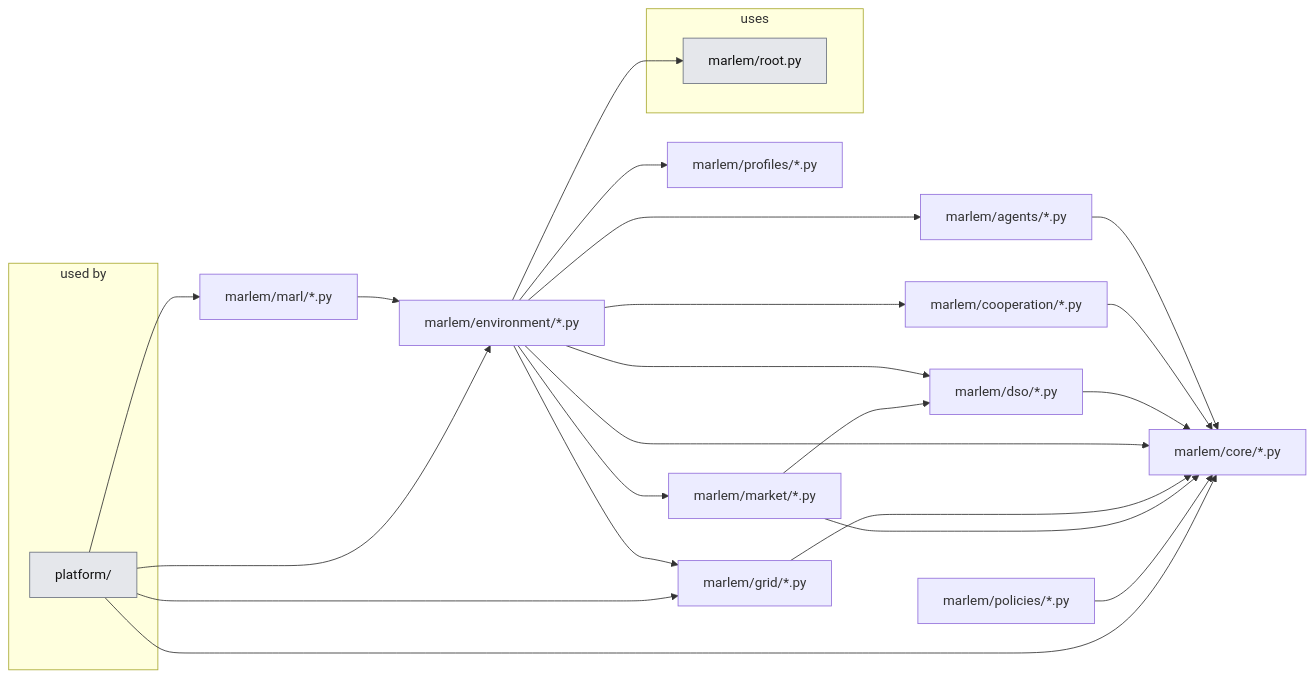
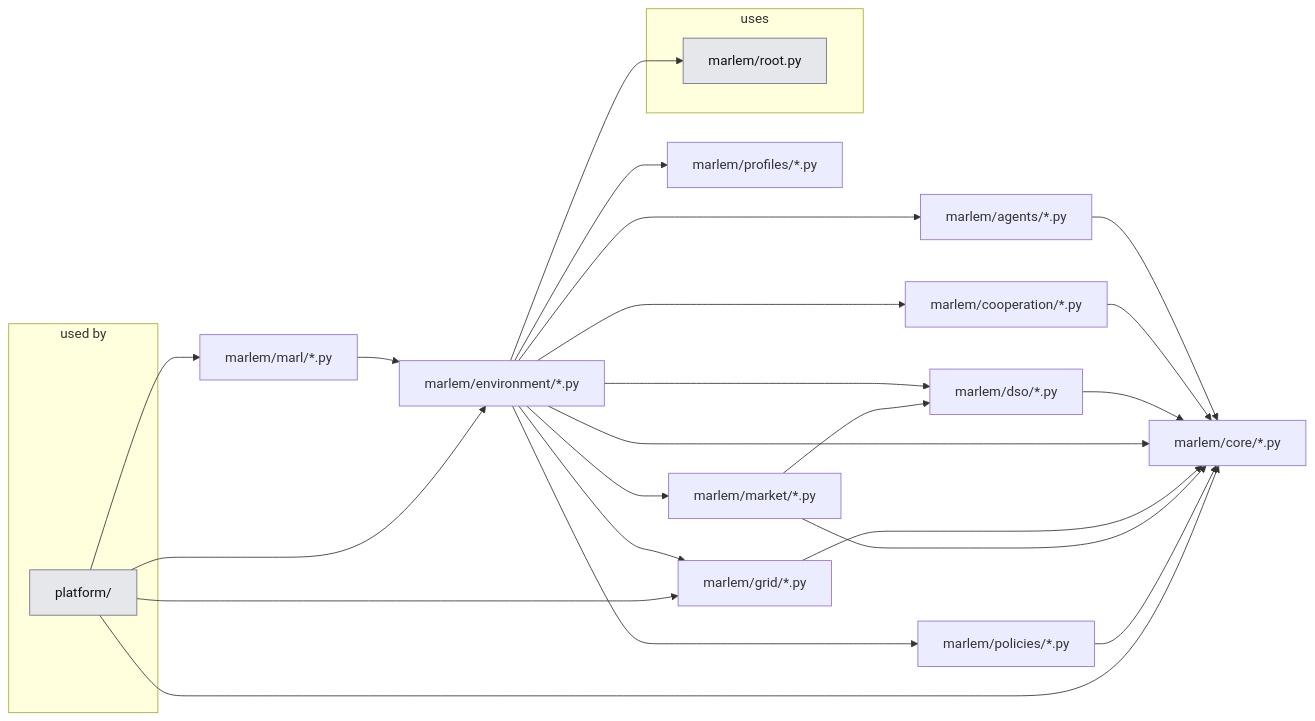
Before and after one commit to KevinRapo/P2P-thesis: the third of 3 diagrams in docs_thesis/thesis/architecture/README.md, drawn with Mermaid. The commit also changed 5 other files, not shown here.

````diff
--- a/docs_thesis/thesis/architecture/README.md
+++ b/docs_thesis/thesis/architecture/README.md
@@ -149,40 +149,41 @@
 ```mermaid
 flowchart LR
   subgraph USERS["used by"]
     n_platform__users_["platform/"]:::ext
   end
   n_marlem_agents__["marlem/agents/*.py"]
   n_marlem_cooperation__["marlem/cooperation/*.py"]
   n_marlem_core__["marlem/core/*.py"]
   n_marlem_dso__["marlem/dso/*.py"]
   n_marlem_environment__["marlem/environment/*.py"]
   n_marlem_grid__["marlem/grid/*.py"]
   n_marlem_market__["marlem/market/*.py"]
   n_marlem_marl__["marlem/marl/*.py"]
   n_marlem_policies__["marlem/policies/*.py"]
   n_marlem_profiles__["marlem/profiles/*.py"]
   subgraph USES["uses"]
     n_marlem_root["marlem/root.py"]:::ext
   end
   n_marlem_agents__ --> n_marlem_core__
   n_marlem_cooperation__ --> n_marlem_core__
   n_marlem_dso__ --> n_marlem_core__
   n_marlem_environment__ --> n_marlem_agents__
   n_marlem_environment__ --> n_marlem_cooperation__
   n_marlem_environment__ --> n_marlem_core__
   n_marlem_environment__ --> n_marlem_dso__
   n_marlem_environment__ --> n_marlem_grid__
   n_marlem_environment__ --> n_marlem_market__
+  n_marlem_environment__ --> n_marlem_policies__
   n_marlem_environment__ --> n_marlem_profiles__
   n_marlem_environment__ --> n_marlem_root
   n_marlem_grid__ --> n_marlem_core__
   n_marlem_market__ --> n_marlem_core__
   n_marlem_market__ --> n_marlem_dso__
   n_marlem_marl__ --> n_marlem_environment__
   n_marlem_policies__ --> n_marlem_core__
   n_platform__users_ --> n_marlem_core__
   n_platform__users_ --> n_marlem_environment__
   n_platform__users_ --> n_marlem_grid__
   n_platform__users_ --> n_marlem_marl__
   classDef ext fill:#e5e7eb,stroke:#6b7280,color:#111
 ```
````
